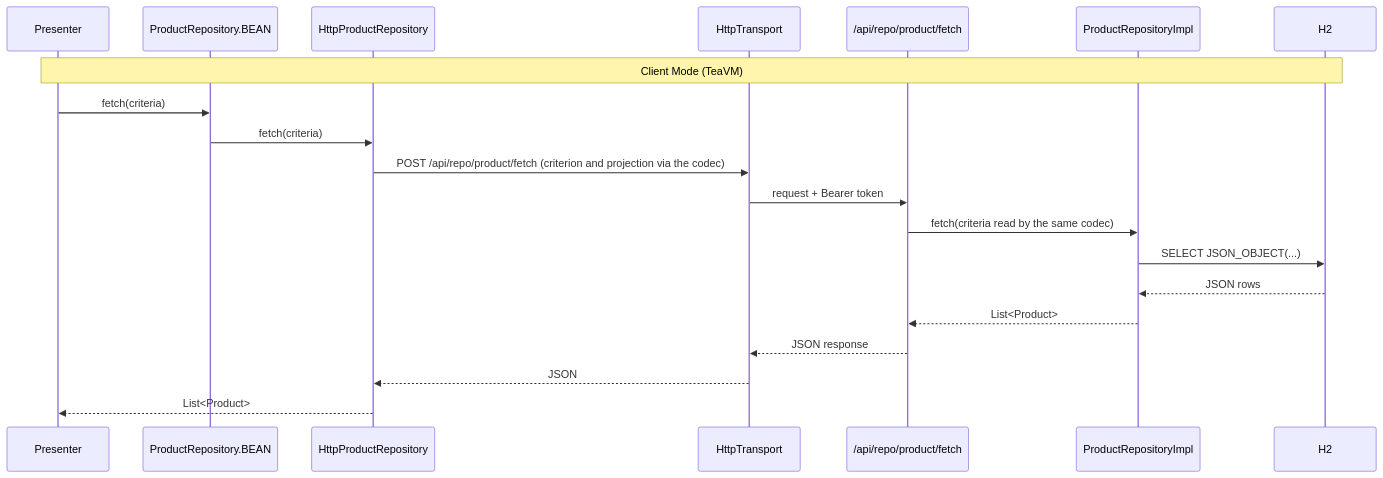
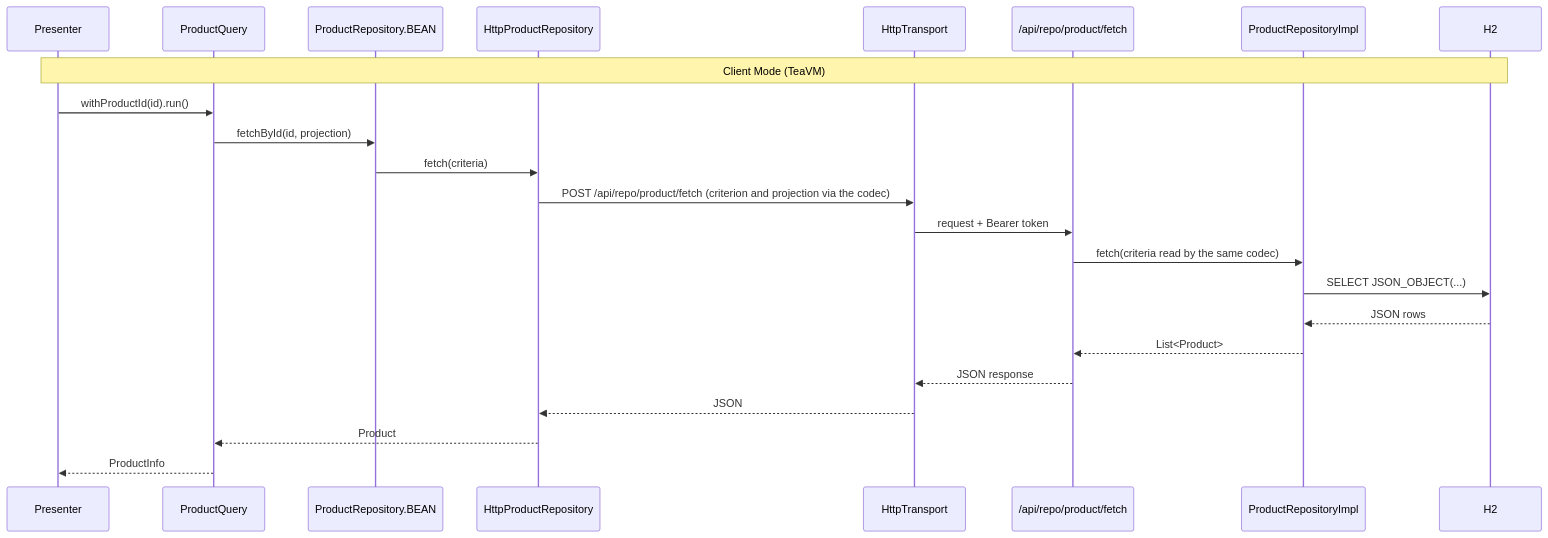
One commit to mrcdom/wdc-cube-java-v2 changed the sixth of 6 diagrams in docs/data-layer.md. Above: the diagram before and after it, drawn with Mermaid. The commit also changed other lines of this file and 4 other files, not shown here.

````diff
--- a/docs/data-layer.md
+++ b/docs/data-layer.md
@@ -692,23 +774,26 @@
 ```mermaid
 sequenceDiagram
     participant Presenter
+    participant Call as ProductQuery
     participant BEAN as ProductRepository.BEAN
     participant Http as HttpProductRepository
     participant Transport as HttpTransport
     participant API as /api/repo/product/fetch
     participant Impl as ProductRepositoryImpl
     participant DB as H2
 
     note over Presenter,DB: Client Mode (TeaVM)
-    Presenter->>BEAN: fetch(criteria)
+    Presenter->>Call: withProductId(id).run()
+    Call->>BEAN: fetchById(id, projection)
     BEAN->>Http: fetch(criteria)
     Http->>Transport: POST /api/repo/product/fetch (criterion and projection via the codec)
     Transport->>API: request + Bearer token
     API->>Impl: fetch(criteria read by the same codec)
     Impl->>DB: SELECT JSON_OBJECT(...)
     DB-->>Impl: JSON rows
     Impl-->>API: List<Product>
     API-->>Transport: JSON response
     Transport-->>Http: JSON
-    Http-->>Presenter: List<Product>
+    Http-->>Call: Product
+    Call-->>Presenter: ProductInfo
 ```
````
